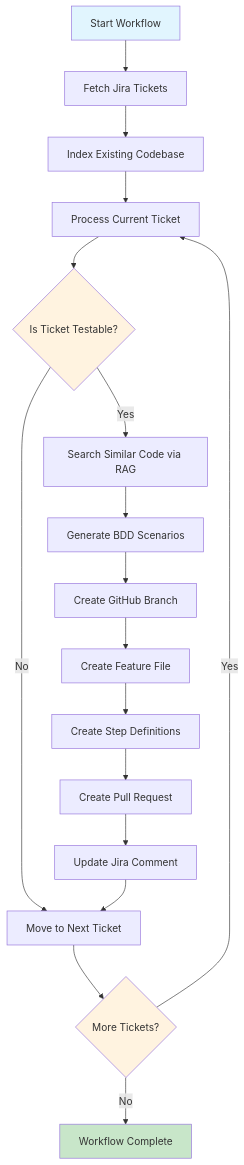
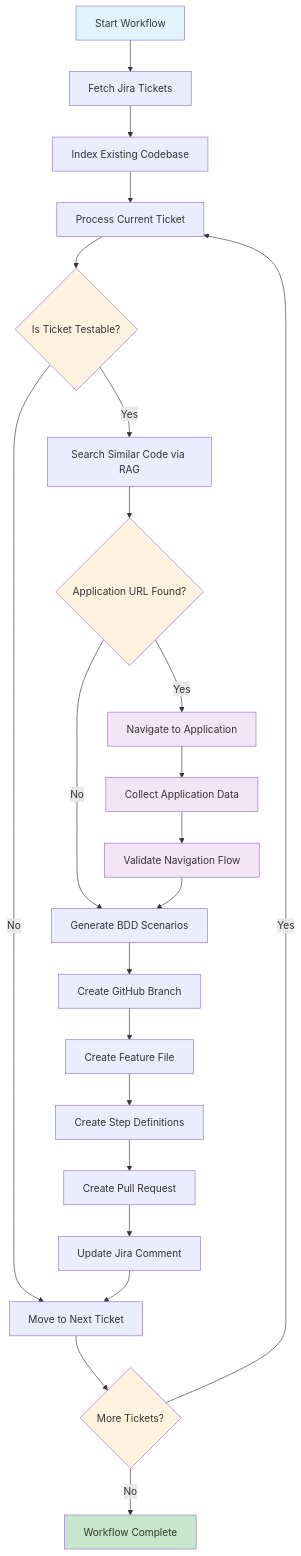
One commit to kailashsingh/jira_2_bdd_agentic_workflow changed the diagram in backend/README.md. Above: the diagram before and after it, drawn with Mermaid. The commit also changed other lines of this file and 1 other file, not shown here.

Commit message:
Updated README.md and also added debug endpoints for navigation

````diff
--- a/backend/README.md
+++ b/backend/README.md
@@ -177,24 +305,33 @@
 ```mermaid
 graph TD
     A[Start Workflow] --> B[Fetch Jira Tickets]
     B --> C[Index Existing Codebase]
     C --> D[Process Current Ticket]
     D --> E{Is Ticket Testable?}
     E -->|No| F[Move to Next Ticket]
     E -->|Yes| G[Search Similar Code via RAG]
-    G --> H[Generate BDD Scenarios]
-    H --> I[Create GitHub Branch]
-    I --> J[Create Feature File]
-    J --> K[Create Step Definitions]
-    K --> L[Create Pull Request]
-    L --> M[Update Jira Comment]
-    M --> F
-    F --> N{More Tickets?}
-    N -->|Yes| D
-    N -->|No| O[Workflow Complete]
+    G --> H{Application URL Found?}
+    H -->|Yes| I[Navigate to Application]
+    H -->|No| J[Generate BDD Scenarios]
+    I --> K[Collect Application Data]
+    K --> L[Validate Navigation Flow]
+    L --> J[Generate BDD Scenarios]
+    J --> M[Create GitHub Branch]
+    M --> N[Create Feature File]
+    N --> O[Create Step Definitions]
+    O --> P[Create Pull Request]
+    P --> Q[Update Jira Comment]
+    Q --> F
+    F --> R{More Tickets?}
+    R -->|Yes| D
+    R -->|No| S[Workflow Complete]
     
     style A fill:#e1f5fe
-    style O fill:#c8e6c9
+    style S fill:#c8e6c9
     style E fill:#fff3e0
-    style N fill:#fff3e0
+    style H fill:#fff3e0
+    style R fill:#fff3e0
+    style I fill:#f3e5f5
+    style K fill:#f3e5f5
+    style L fill:#f3e5f5
 ```
````
